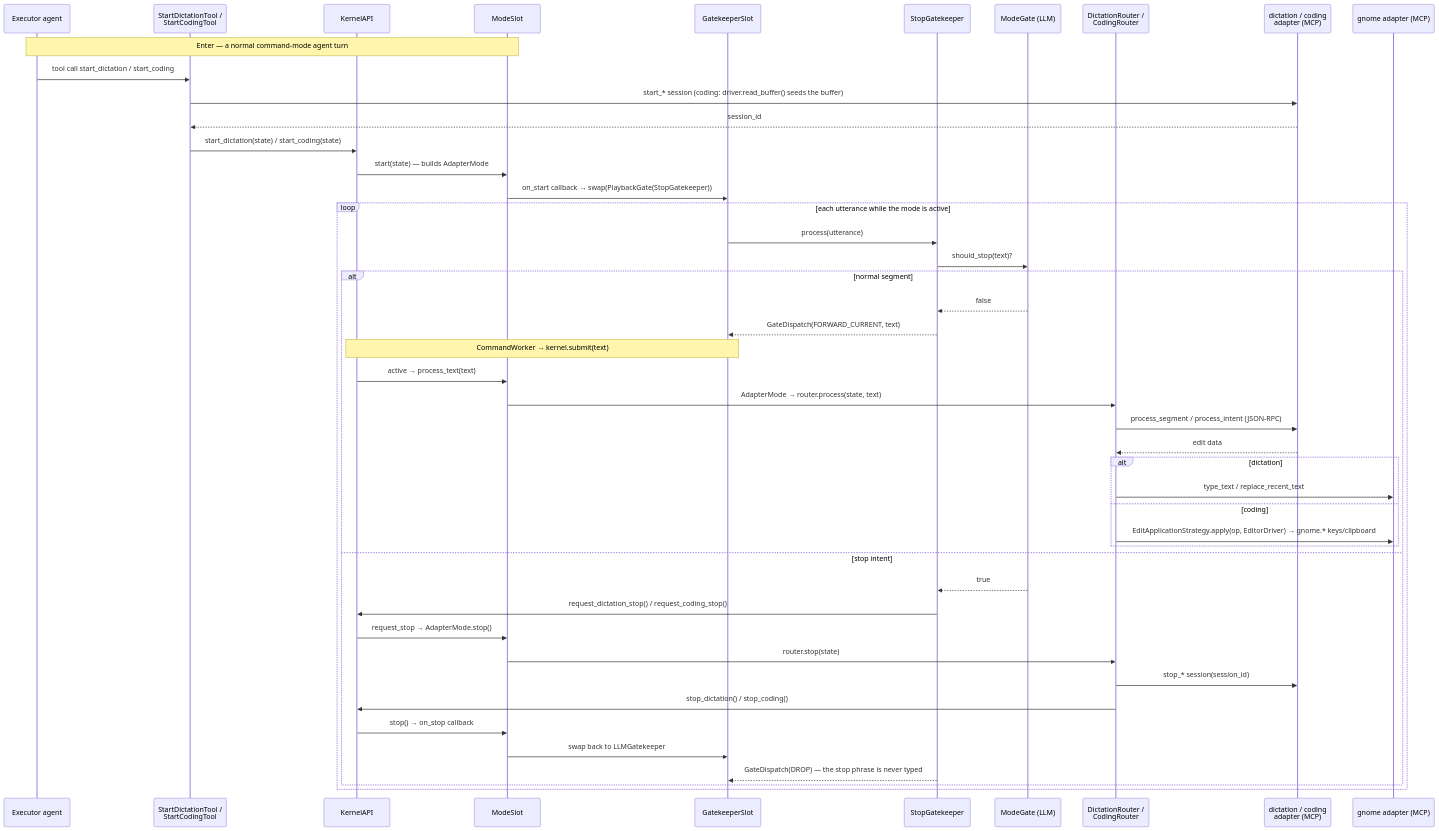
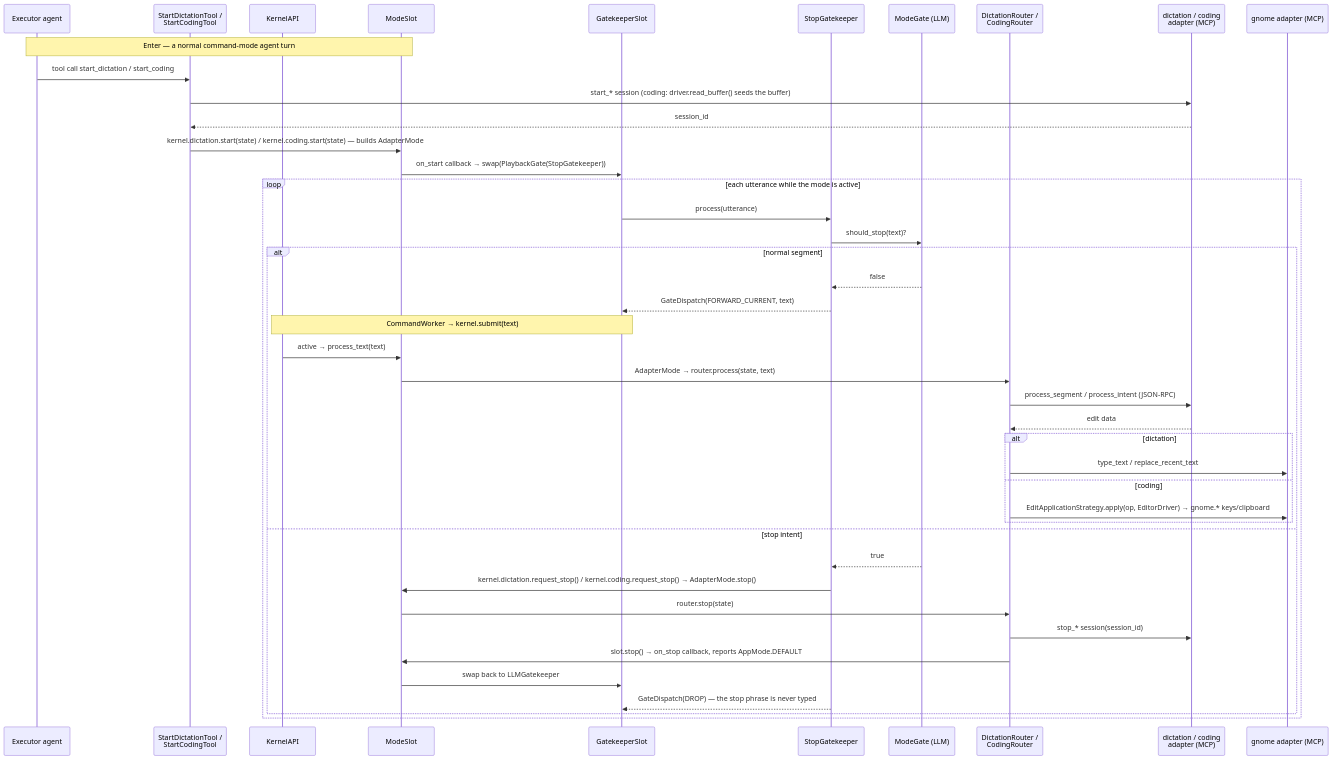
The second of 4 diagrams in docs/architecture.md (vovka/tusk), drawn with Mermaid before and after one commit. The commit also changed 26 other files, not shown here.

First line of the commit message:
Expose KernelAPI mode slots instead of per-mode forwarders

````diff
--- a/docs/architecture.md
+++ b/docs/architecture.md
@@ -163,50 +163,47 @@
 ```mermaid
 sequenceDiagram
     participant EX as Executor agent
     participant ST as StartDictationTool /<br/>StartCodingTool
     participant K as KernelAPI
     participant MS as ModeSlot
     participant GS as GatekeeperSlot
     participant SG as StopGatekeeper
     participant MG as ModeGate (LLM)
     participant R as DictationRouter /<br/>CodingRouter
     participant A as dictation / coding<br/>adapter (MCP)
     participant G as gnome adapter (MCP)
 
     Note over EX,MS: Enter — a normal command-mode agent turn
     EX->>ST: tool call start_dictation / start_coding
     ST->>A: start_* session (coding: driver.read_buffer() seeds the buffer)
     A-->>ST: session_id
-    ST->>K: start_dictation(state) / start_coding(state)
-    K->>MS: start(state) — builds AdapterMode
+    ST->>MS: kernel.dictation.start(state) / kernel.coding.start(state) — builds AdapterMode
     MS->>GS: on_start callback → swap(PlaybackGate(StopGatekeeper))
 
     loop each utterance while the mode is active
         GS->>SG: process(utterance)
         SG->>MG: should_stop(text)?
         alt normal segment
             MG-->>SG: false
             SG-->>GS: GateDispatch(FORWARD_CURRENT, text)
             Note over GS,K: CommandWorker → kernel.submit(text)
             K->>MS: active → process_text(text)
             MS->>R: AdapterMode → router.process(state, text)
             R->>A: process_segment / process_intent (JSON-RPC)
             A-->>R: edit data
             alt dictation
                 R->>G: type_text / replace_recent_text
             else coding
                 R->>G: EditApplicationStrategy.apply(op, EditorDriver) → gnome.* keys/clipboard
             end
         else stop intent
             MG-->>SG: true
-            SG->>K: request_dictation_stop() / request_coding_stop()
-            K->>MS: request_stop → AdapterMode.stop()
+            SG->>MS: kernel.dictation.request_stop() / kernel.coding.request_stop() → AdapterMode.stop()
             MS->>R: router.stop(state)
             R->>A: stop_* session(session_id)
-            R->>K: stop_dictation() / stop_coding()
-            K->>MS: stop() → on_stop callback
+            R->>MS: slot.stop() → on_stop callback, reports AppMode.DEFAULT
             MS->>GS: swap back to LLMGatekeeper
             SG-->>GS: GateDispatch(DROP) — the stop phrase is never typed
         end
     end
 ```
````
